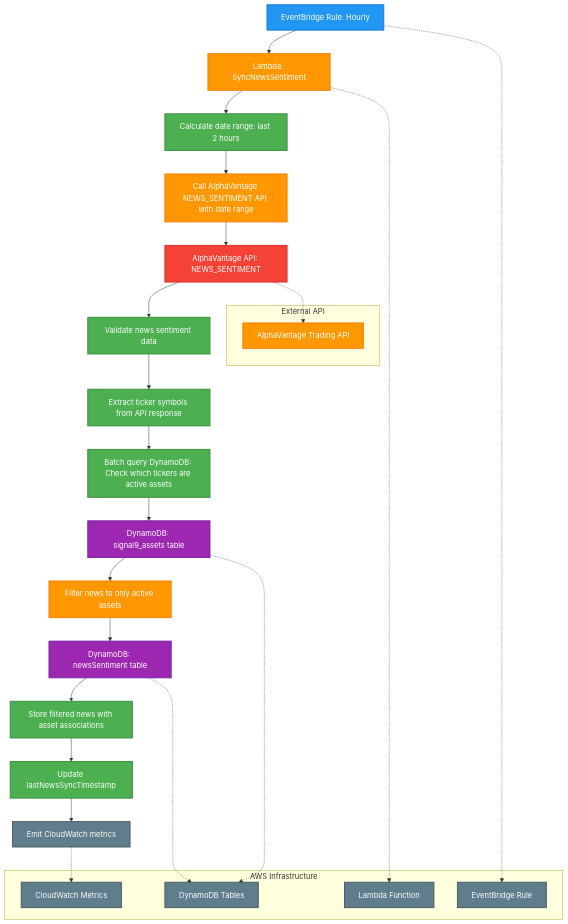
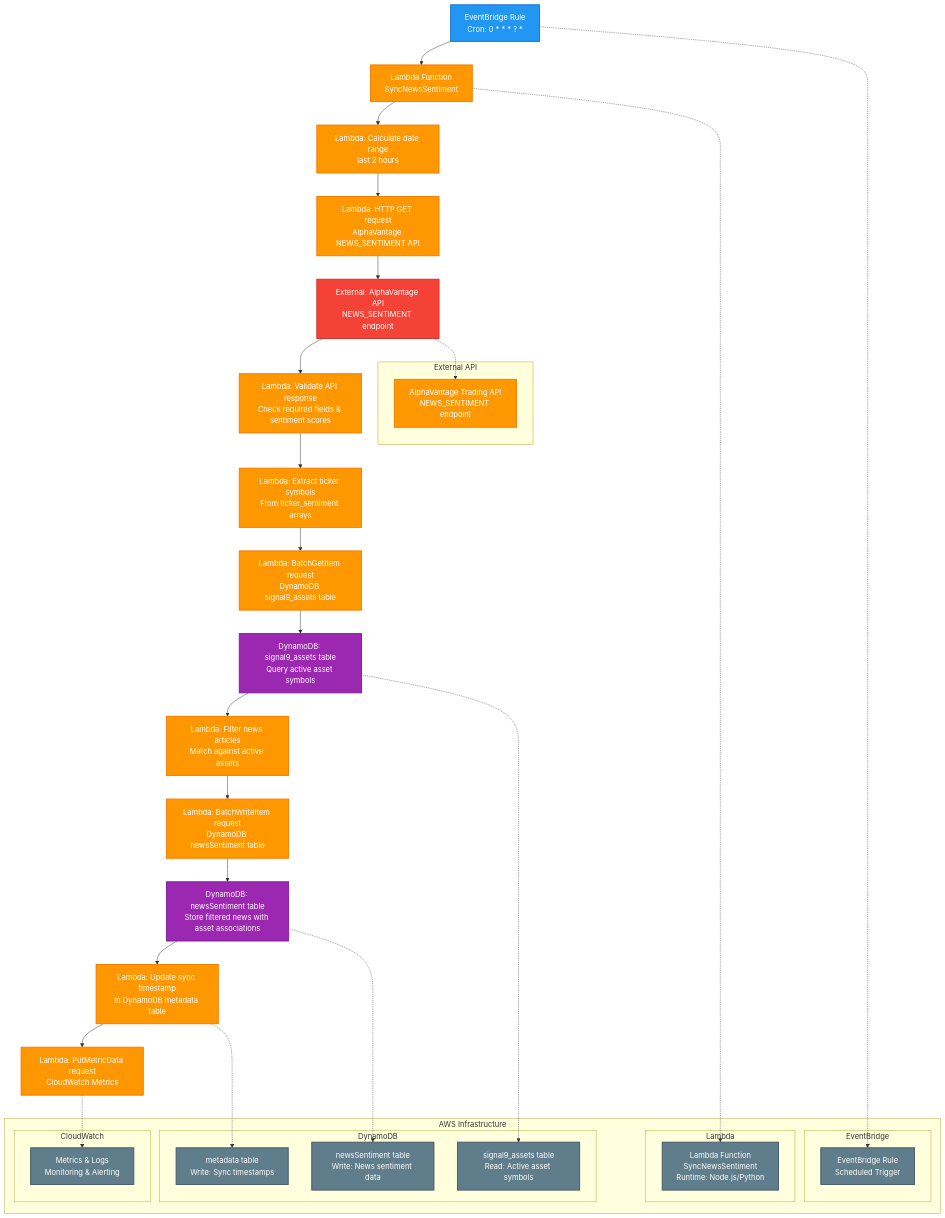
The diagram in ai/brainstorm/diagrams/crons/HourlySyncNewsSentiment.md (alto9/signal9-advisor), drawn with Mermaid before and after one commit. The commit also changed other lines of this file and 15 other files, not shown here.

````diff
--- a/ai/brainstorm/diagrams/crons/HourlySyncNewsSentiment.md
+++ b/ai/brainstorm/diagrams/crons/HourlySyncNewsSentiment.md
@@ -5,57 +5,77 @@
 ```mermaid
 flowchart TD
-    A[EventBridge Rule: Hourly] --> B[Lambda: SyncNewsSentiment]
-    B --> C[Calculate date range: last 2 hours]
-    C --> D[Call AlphaVantage NEWS_SENTIMENT API with date range]
-    D --> E[AlphaVantage API: NEWS_SENTIMENT]
-    E --> F[Validate news sentiment data]
-    F --> G[Extract ticker symbols from API response]
-    G --> H[Batch query DynamoDB: Check which tickers are active assets]
-    H --> I[DynamoDB: signal9_assets table]
-    I --> J[Filter news to only active assets]
-    J --> K[DynamoDB: newsSentiment table]
-    K --> L[Store filtered news with asset associations]
-    L --> M[Update lastNewsSyncTimestamp]
-    M --> N[Emit CloudWatch metrics]
+    %% AWS EventBridge triggers the Lambda function
+    A[EventBridge Rule<br/>Cron: 0 * * * ? *] --> B[Lambda Function<br/>SyncNewsSentiment]
     
-    %% AWS Resources
+    %% Lambda function internal processing steps
+    B --> C[Lambda: Calculate date range<br/>last 2 hours]
+    C --> D[Lambda: HTTP GET request<br/>AlphaVantage NEWS_SENTIMENT API]
+    D --> E[External: AlphaVantage API<br/>NEWS_SENTIMENT endpoint]
+    E --> F[Lambda: Validate API response<br/>Check required fields & sentiment scores]
+    F --> G[Lambda: Extract ticker symbols<br/>From ticker_sentiment arrays]
+    G --> H[Lambda: BatchGetItem request<br/>DynamoDB signal9_assets table]
+    H --> I[DynamoDB: signal9_assets table<br/>Query active asset symbols]
+    I --> J[Lambda: Filter news articles<br/>Match against active assets]
+    J --> K[Lambda: BatchWriteItem request<br/>DynamoDB newsSentiment table]
+    K --> L[DynamoDB: newsSentiment table<br/>Store filtered news with asset associations]
+    L --> M[Lambda: Update sync timestamp<br/>In DynamoDB metadata table]
+    M --> N[Lambda: PutMetricData request<br/>CloudWatch Metrics]
+    
+    %% AWS Resource groupings
     subgraph "AWS Infrastructure"
-        O[EventBridge Rule]
-        P[Lambda Function]
-        Q[DynamoDB Tables]
-        R[CloudWatch Metrics]
+        subgraph "EventBridge"
+            O[EventBridge Rule<br/>Scheduled Trigger]
+        end
+        
+        subgraph "Lambda"
+            P[Lambda Function<br/>SyncNewsSentiment<br/>Runtime: Node.js/Python]
+        end
+        
+        subgraph "DynamoDB"
+            Q[signal9_assets table<br/>Read: Active asset symbols]
+            R[newsSentiment table<br/>Write: News sentiment data]
+            S[metadata table<br/>Write: Sync timestamps]
+        end
+        
+        subgraph "CloudWatch"
+            T[Metrics & Logs<br/>Monitoring & Alerting]
+        end
     end
     
     %% External API
     subgraph "External API"
-        S[AlphaVantage Trading API]
+        U[AlphaVantage Trading API<br/>NEWS_SENTIMENT endpoint]
     end
     
-    %% Connections
+    %% Resource connections for clarity
     A -.-> O
     B -.-> P
     I -.-> Q
-    K -.-> Q
-    N -.-> R
-    E -.-> S
+    L -.-> R
+    M -.-> S
+    N -.-> T
+    E -.-> U
     
+    %% Color coding by resource type
     style A fill:#2196F3,stroke:#1976D2,stroke-width:2px,color:#ffffff
     style B fill:#FF9800,stroke:#F57C00,stroke-width:2px,color:#ffffff
-    style C fill:#4CAF50,stroke:#388E3C,stroke-width:2px,color:#ffffff
+    style C fill:#FF9800,stroke:#F57C00,stroke-width:2px,color:#ffffff
     style D fill:#FF9800,stroke:#F57C00,stroke-width:2px,color:#ffffff
     style E fill:#F44336,stroke:#D32F2F,stroke-width:2px,color:#ffffff
-    style F fill:#4CAF50,stroke:#388E3C,stroke-width:2px,color:#ffffff
-    style G fill:#4CAF50,stroke:#388E3C,stroke-width:2px,color:#ffffff
-    style H fill:#4CAF50,stroke:#388E3C,stroke-width:2px,color:#ffffff
+    style F fill:#FF9800,stroke:#F57C00,stroke-width:2px,color:#ffffff
+    style G fill:#FF9800,stroke:#F57C00,stroke-width:2px,color:#ffffff
+    style H fill:#FF9800,stroke:#F57C00,stroke-width:2px,color:#ffffff
     style I fill:#9C27B0,stroke:#7B1FA2,stroke-width:2px,color:#ffffff
     style J fill:#FF9800,stroke:#F57C00,stroke-width:2px,color:#ffffff
-    style K fill:#9C27B0,stroke:#7B1FA2,stroke-width:2px,color:#ffffff
-    style L fill:#4CAF50,stroke:#388E3C,stroke-width:2px,color:#ffffff
-    style M fill:#4CAF50,stroke:#388E3C,stroke-width:2px,color:#ffffff
-    style N fill:#607D8B,stroke:#455A64,stroke-width:2px,color:#ffffff
+    style K fill:#FF9800,stroke:#F57C00,stroke-width:2px,color:#ffffff
+    style L fill:#9C27B0,stroke:#7B1FA2,stroke-width:2px,color:#ffffff
+    style M fill:#FF9800,stroke:#F57C00,stroke-width:2px,color:#ffffff
+    style N fill:#FF9800,stroke:#F57C00,stroke-width:2px,color:#ffffff
     style O fill:#607D8B,stroke:#455A64,stroke-width:2px,color:#ffffff
     style P fill:#607D8B,stroke:#455A64,stroke-width:2px,color:#ffffff
     style Q fill:#607D8B,stroke:#455A64,stroke-width:2px,color:#ffffff
     style R fill:#607D8B,stroke:#455A64,stroke-width:2px,color:#ffffff
-    style S fill:#FF9800,stroke:#F57C00,stroke-width:2px,color:#ffffff
+    style S fill:#607D8B,stroke:#455A64,stroke-width:2px,color:#ffffff
+    style T fill:#607D8B,stroke:#455A64,stroke-width:2px,color:#ffffff
+    style U fill:#FF9800,stroke:#F57C00,stroke-width:2px,color:#ffffff
 ```
````
